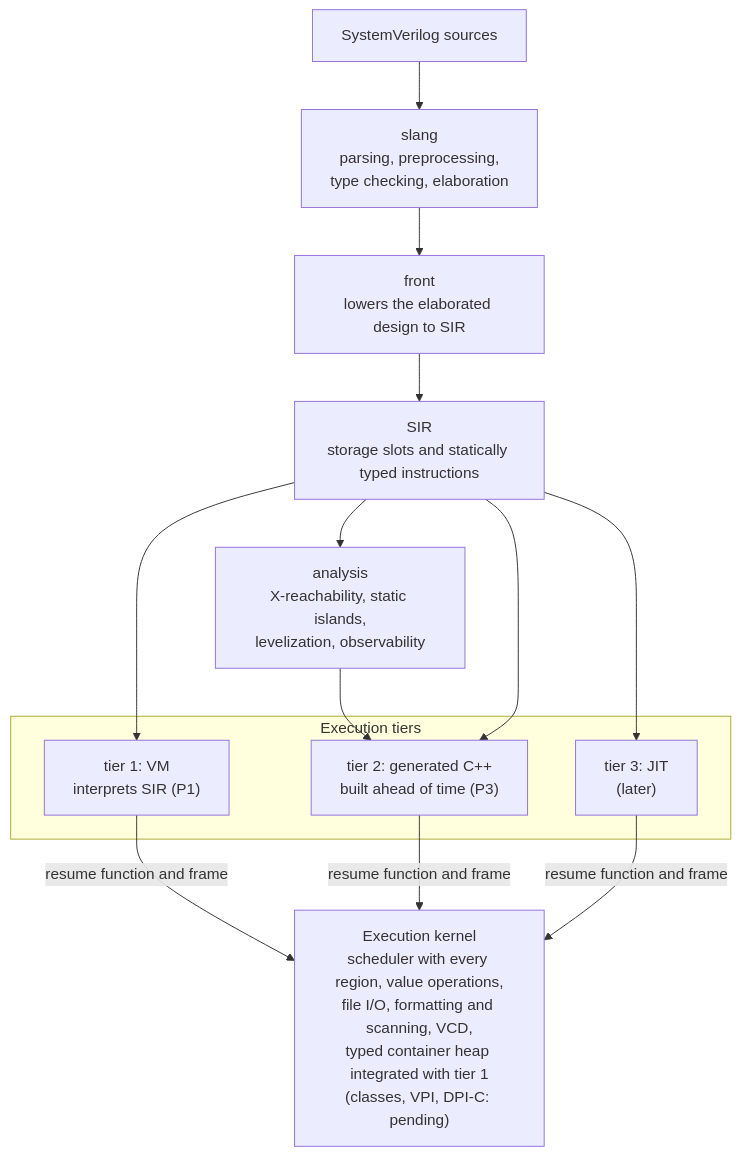
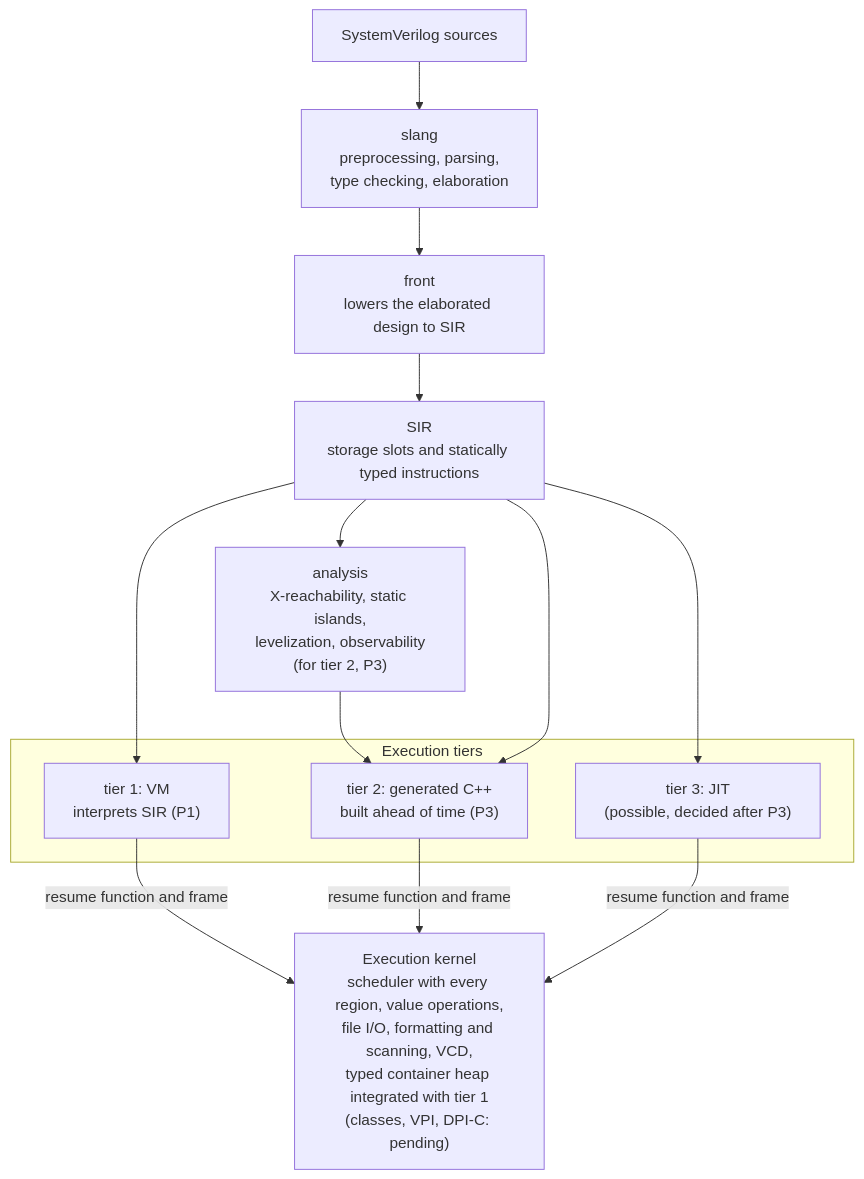
The first of 2 diagrams in docs/ARCHITECTURE.md (kurochan001/kirimasim), drawn with Mermaid before and after one commit. The commit also changed 3 other files, not shown here.

First line of the commit message:
Correct the How it works diagram, and make its four copies agree

````diff
--- a/docs/ARCHITECTURE.md
+++ b/docs/ARCHITECTURE.md
@@ -14,22 +14,22 @@
 ```mermaid
 flowchart TD
     src["SystemVerilog sources"]
-    slang["slang<br/>parsing, preprocessing,<br/>type checking, elaboration"]
+    slang["slang<br/>preprocessing, parsing,<br/>type checking, elaboration"]
     front["front<br/>lowers the elaborated design to SIR"]
     sir["SIR<br/>storage slots and statically typed instructions"]
-    analysis["analysis<br/>X-reachability, static islands,<br/>levelization, observability"]
+    analysis["analysis<br/>X-reachability, static islands,<br/>levelization, observability<br/>(for tier 2, P3)"]
     subgraph tiers["Execution tiers"]
         t1["tier 1: VM<br/>interprets SIR (P1)"]
         t2["tier 2: generated C++<br/>built ahead of time (P3)"]
-        t3["tier 3: JIT<br/>(later)"]
+        t3["tier 3: JIT<br/>(possible, decided after P3)"]
     end
     kernel["Execution kernel<br/>scheduler with every region, value operations,<br/>file I/O, formatting and scanning, VCD,<br/>typed container heap integrated with tier 1<br/>(classes, VPI, DPI-C: pending)"]
     src --> slang --> front --> sir
     sir --> t1
     sir --> analysis --> t2
     sir --> t2
     sir --> t3
     t1 -->|"resume function and frame"| kernel
     t2 -->|"resume function and frame"| kernel
     t3 -->|"resume function and frame"| kernel
 ```
````
